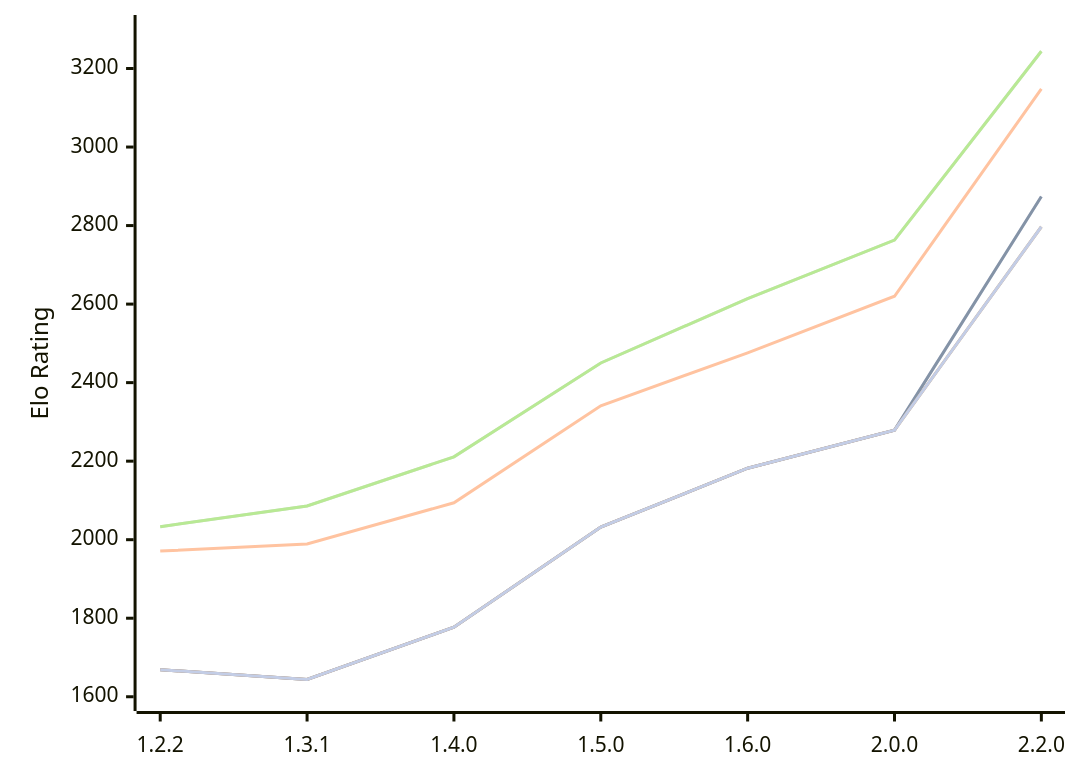
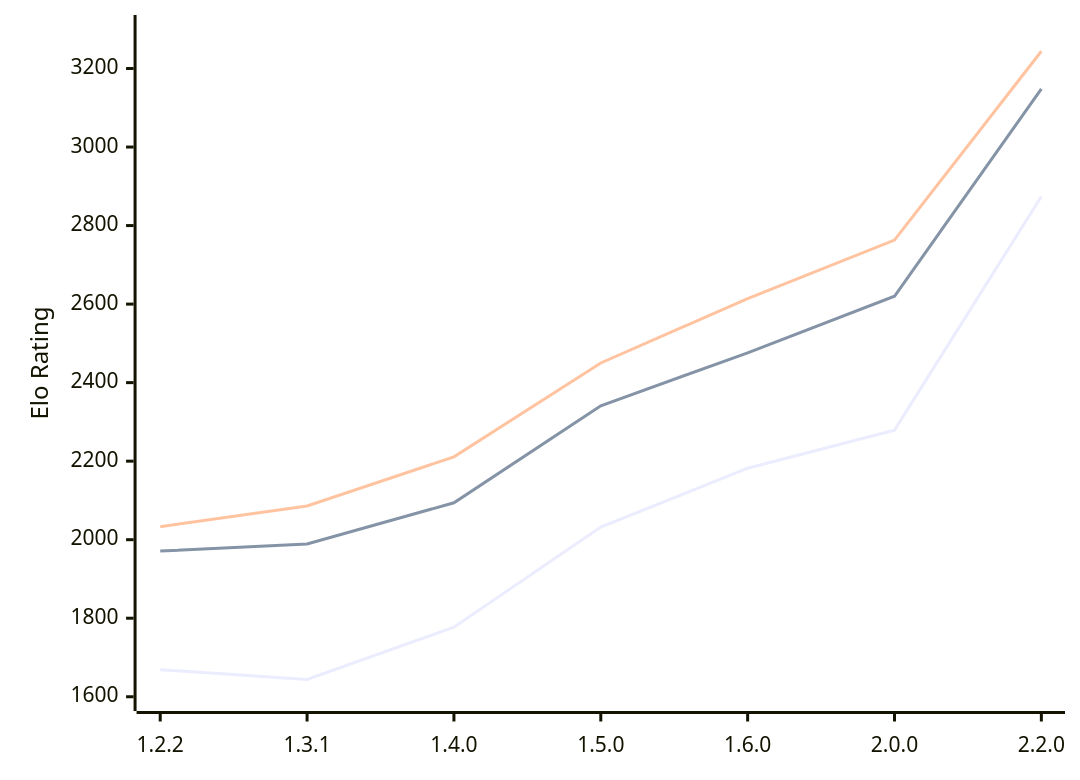
One commit to computer-chess-index/cci changed the diagram in engines/SoloEngine.md. Above: the diagram before and after it, drawn with Mermaid. The commit also changed other lines of this file, not shown here.

````diff
--- a/engines/SoloEngine.md
+++ b/engines/SoloEngine.md
@@ -53,13 +53,9 @@
 ```mermaid
 %%{init: {"theme":"base","themeVariables":{"seriesColors:['#a3a3a3','#222221','#faa371']}}}%%
 xychart-beta
   x-axis ["1.2.2", "1.3.1", "1.4.0", "1.5.0", "1.6.0", "2.0.0", "2.2.0"]
   y-axis "Elo Rating" 1600 --> 3300
-  line "" [1669, 1644, 1777, 2032, 2182, 2279, 2874]
   line "T1: STC (8.0+0.08s)" [1669, 1644, 1777, 2032, 2182, 2279, 2874]
   line "T1: LTC (60.0+0.60s)" [1971, 1989, 2094, 2341, 2476, 2620, 3148]
-  line "" [2033, 2086, 2211, 2450, 2614, 2763, 3244]
   line "T1: VLTC (2m24s+1.12s)" [2033, 2086, 2211, 2450, 2614, 2763, 3244]
-  line "" [1669, 1644, 1777, 2032, 2182, 2279,2797]
-  line "E1: STC (8.0+0.08s)" [1669, 1644, 1777, 2032, 2182, 2279,2797]
 ```
````
